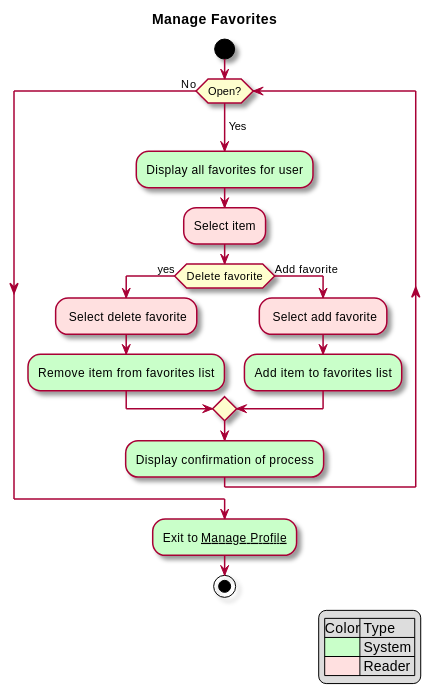
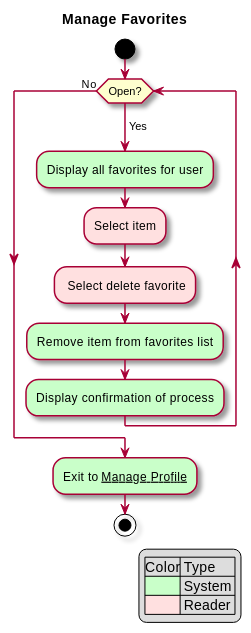
The diagram in intellij/doc/use-cases/manage-favorites.md (sashap100/Vassar-Dining-App), drawn with PlantUML before and after one commit.

Commit message:
Updated manage favorites use case to reflect actual functionality

````diff
--- a/intellij/doc/use-cases/manage-favorites.md
+++ b/intellij/doc/use-cases/manage-favorites.md
@@ -24,27 +24,22 @@
 ```plantuml
 @startuml
 
 skin rose
 title Manage Favorites
 legend right
     |Color| Type |
     |<#technology>| System |
     |<#implementation>| Reader |
 endlegend
 start
 while (Open?) is (\nYes)
 #technology:Display all favorites for user;
 #implementation:Select item;
-If (Delete favorite) then (yes)
-    #implementation: Select delete favorite;
-    #technology:Remove item from favorites list;
-else (Add favorite)
-     #implementation: Select add favorite;
-     #technology:Add item to favorites list;
-endif
+#implementation: Select delete favorite;
+#technology:Remove item from favorites list;
 #technology:Display confirmation of process;
 endwhile (No)
 #technology:Exit to __Manage Profile__;
 stop
 @enduml
 ```
````
